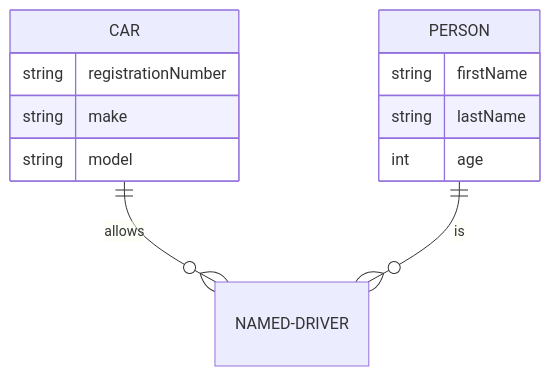
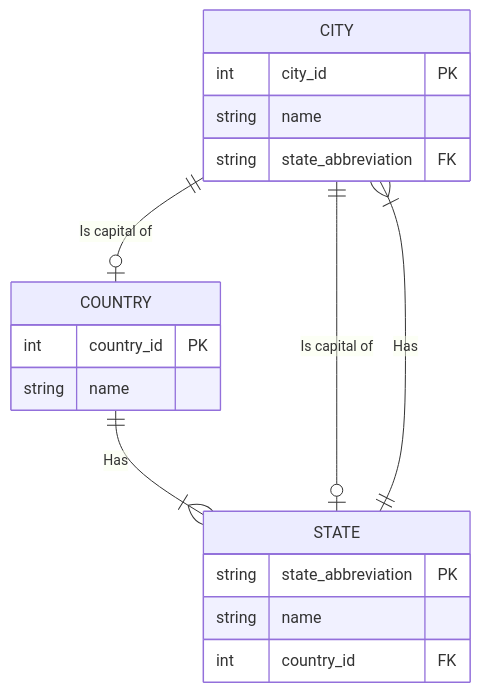
The diagram in 2 Моделирование/ERD/1.2. ERD.md (Nil-AV/Obsidian_Brain), drawn with Mermaid before and after one commit. The commit also changed other lines of this file, not shown here.

Commit message:
vault backup: 2024-11-04 18:35:42

````diff
--- a/2 Моделирование/ERD/1.2. ERD.md
+++ b/2 Моделирование/ERD/1.2. ERD.md
@@ -5,15 +4,21 @@
 ```mermaid
 erDiagram
-    CAR ||--o{ NAMED-DRIVER : allows
-    CAR {
-        string registrationNumber
-        string make
-        string model
+    CITY {
+        int city_id PK
+        string name
+        string state_abbreviation FK
     }
-    PERSON ||--o{ NAMED-DRIVER : is
-    PERSON {
-        string firstName
-        string lastName
-        int age
+    STATE {
+        string state_abbreviation PK
+        string name
+        int country_id FK
     }
+    COUNTRY {
+        int country_id PK
+        string name
+    }
+    COUNTRY ||--|{ STATE : "Has"
+    STATE ||--|{ CITY : "Has"
+    CITY ||--o| STATE : "Is capital of"
+    CITY ||--o| COUNTRY : "Is capital of"
 ```
````
